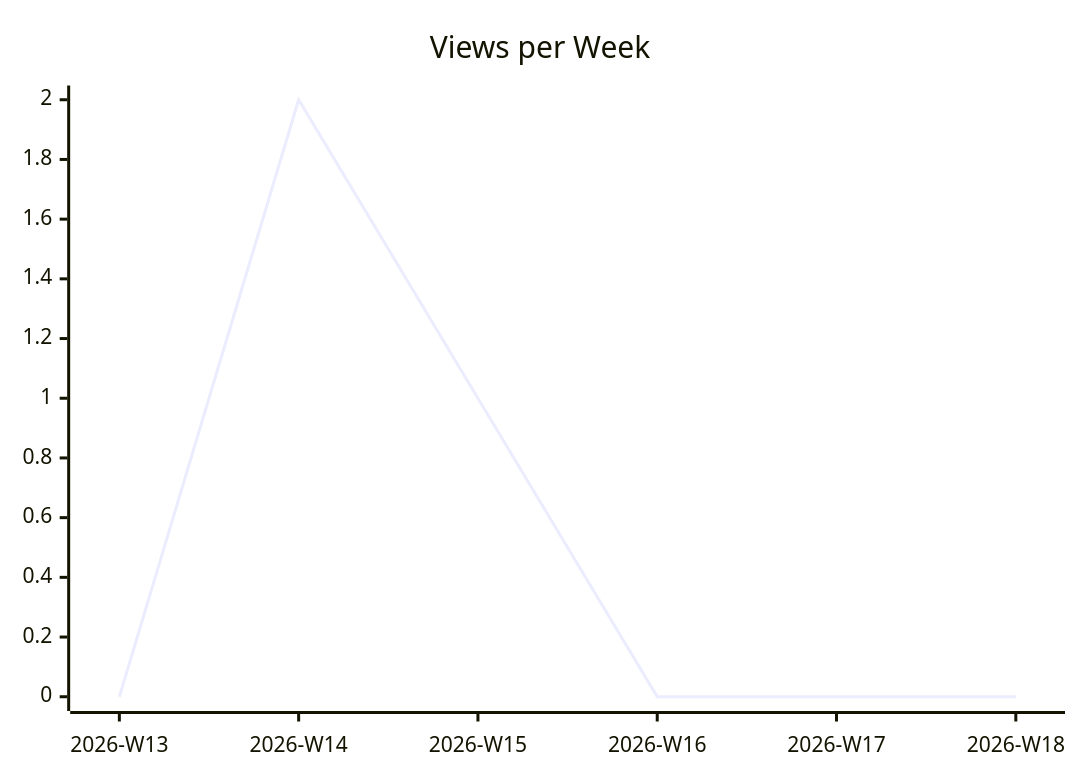
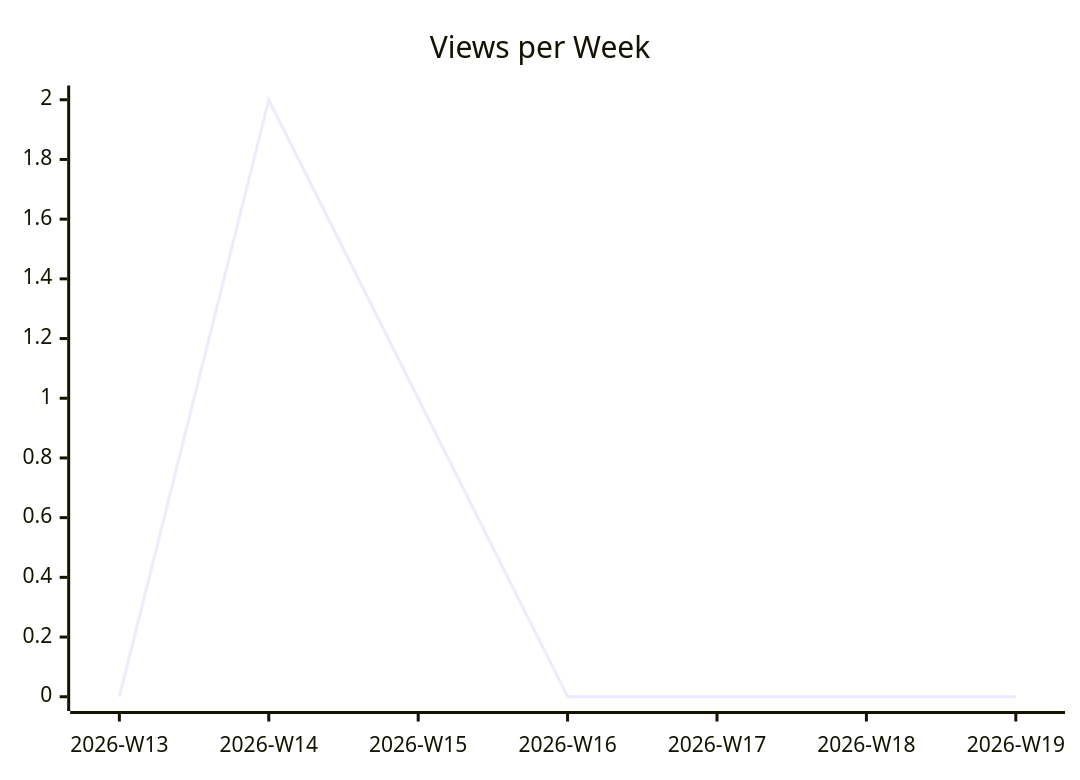
Before and after one commit to justdavis-family/github-analytics-data: the second of 3 diagrams in karlmdavis/justdavis-ansible/README.md, drawn with Mermaid. The commit also changed other lines of this file and 187 other files, not shown here.

````diff
--- a/karlmdavis/justdavis-ansible/README.md
+++ b/karlmdavis/justdavis-ansible/README.md
@@ -12,6 +12,6 @@
 ```mermaid
 xychart-beta
   title "Views per Week"
-  x-axis ["2026-W13", "2026-W14", "2026-W15", "2026-W16", "2026-W17", "2026-W18"]
-  line [0, 2, 1, 0, 0, 0]
+  x-axis ["2026-W13", "2026-W14", "2026-W15", "2026-W16", "2026-W17", "2026-W18", "2026-W19"]
+  line [0, 2, 1, 0, 0, 0, 0]
 ```
````
